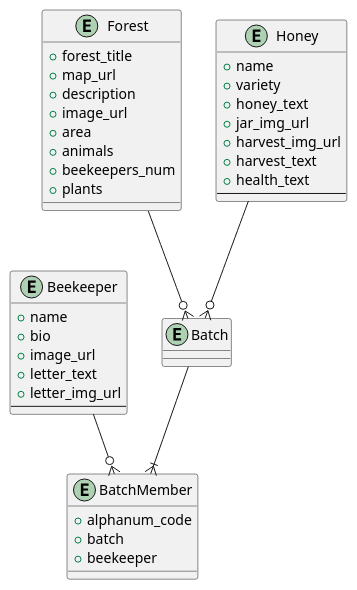
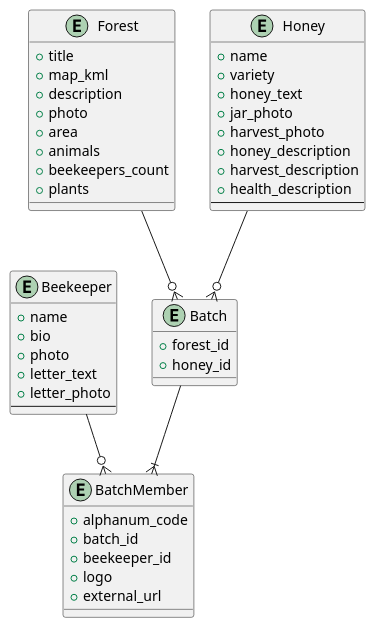
Before and after one commit to trinhcon/CSC301-Upendo-Honey: the diagram in docs/uml-diagrams/models.puml, drawn with PlantUML. The commit also changed 2 other files, not shown here.

```diff
--- a/docs/uml-diagrams/models.puml
+++ b/docs/uml-diagrams/models.puml
@@ -1,50 +1,55 @@
 @startuml
 
 entity Batch  {
+    + forest_id
+    + honey_id
 }
 
 entity BatchMember {
     + alphanum_code
-    + batch
-    + beekeeper
+    + batch_id
+    + beekeeper_id
+    + logo
+    + external_url
 }
 
 entity Forest  {
-  + forest_title
-  + map_url
+  + title
+  + map_kml
   + description
-  + image_url
+  + photo
   + area
   + animals
-  + beekeepers_num
+  + beekeepers_count
   + plants
 }
 
 entity Beekeeper  {
   + name
   + bio
-  + image_url
+  + photo
   + letter_text
-  + letter_img_url
+  + letter_photo
   --
 }
 
 entity Honey  {
   + name
   + variety
   + honey_text
-  + jar_img_url
-  + harvest_img_url
-  + harvest_text
-  + health_text
+  + jar_photo
+  + harvest_photo
+  + honey_description
+  + harvest_description
+  + health_description
   --
 }
 
 
 Batch -down-|{ BatchMember
 Forest -down-o{ Batch
 Honey -down-o{ Batch
 Beekeeper -down-o{ BatchMember
 
 
 @enduml
```
